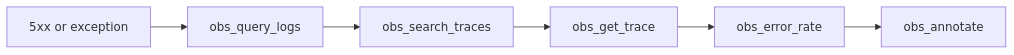
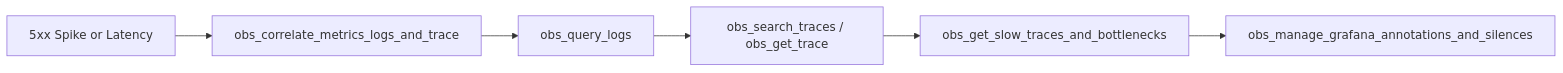
One commit to Pawangunjkar/observability-mcp changed the second of 2 diagrams in README.md. Above: the diagram before and after it, drawn with Mermaid. The commit also changed other lines of this file and 12 other files, not shown here.

````diff
--- a/README.md
+++ b/README.md
@@ -60,8 +50,8 @@
 ```mermaid
 flowchart LR
-  ERR["5xx or exception"] --> LOG["obs_query_logs"]
-  LOG --> TRACE["obs_search_traces"]
-  TRACE --> SPAN["obs_get_trace"]
-  SPAN --> RATE["obs_error_rate"]
-  RATE --> NOTE["obs_annotate"]
+  ERR["5xx Spike or Latency"] --> COR["obs_correlate_metrics_logs_and_trace"]
+  COR --> LOG["obs_query_logs"]
+  LOG --> TRACE["obs_search_traces / obs_get_trace"]
+  TRACE --> SLOW["obs_get_slow_traces_and_bottlenecks"]
+  SLOW --> NOTE["obs_manage_grafana_annotations_and_silences"]
 ```
````
